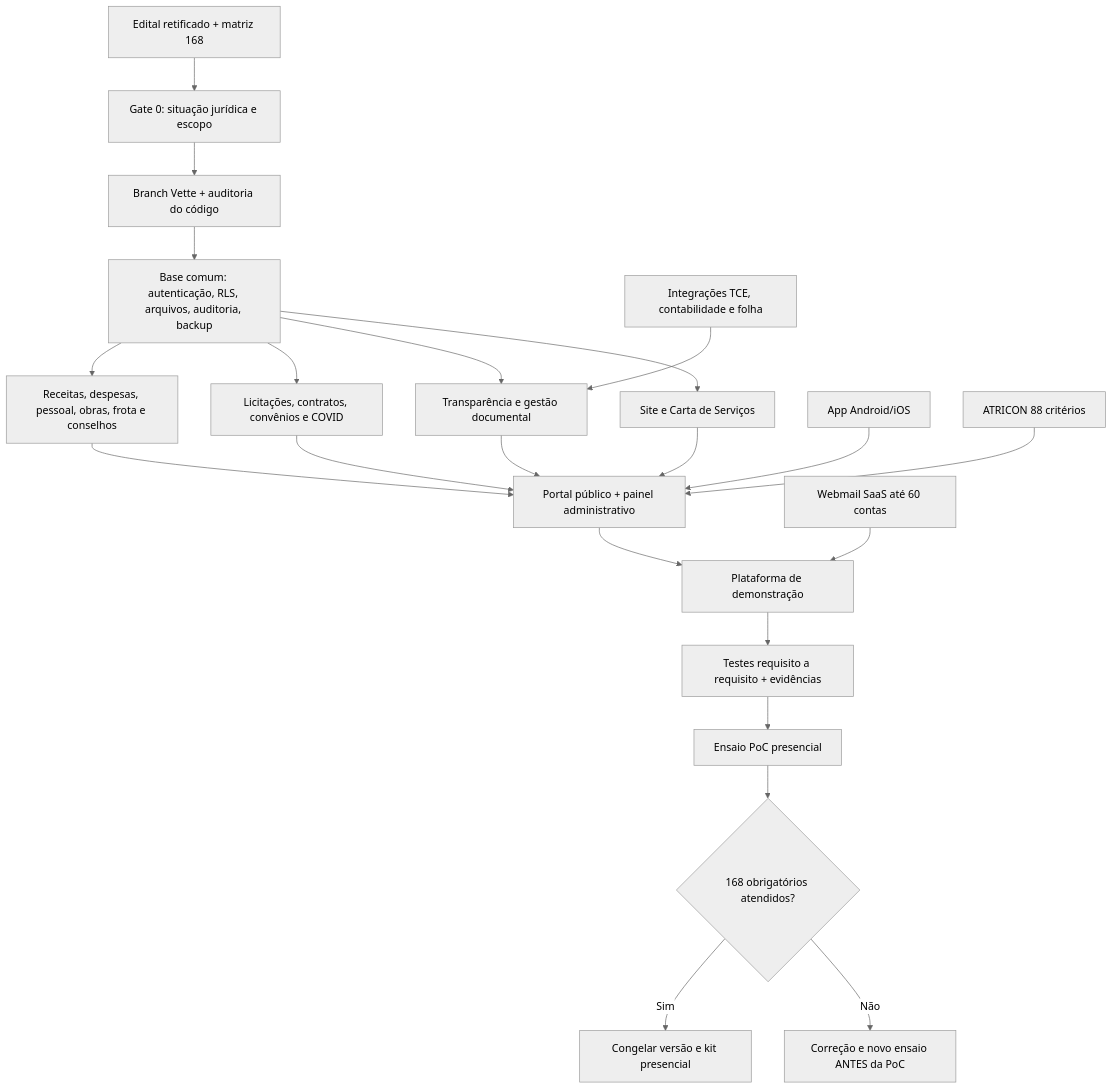
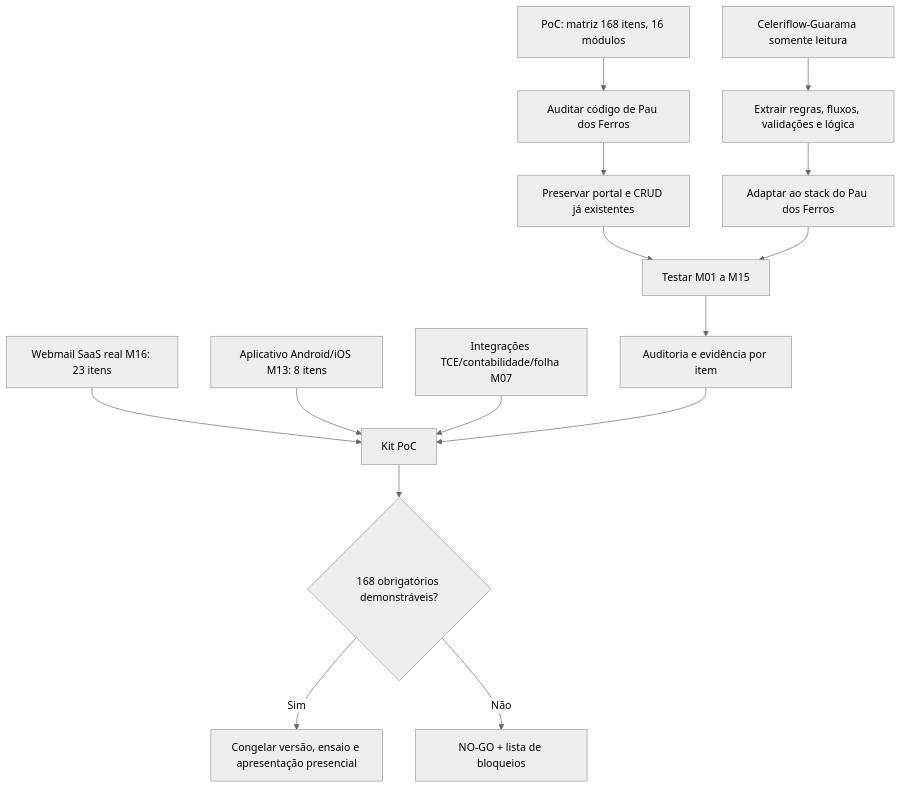
The diagram in docs/poc/00_MAPA_ENTREGA_POC.md (Robonuvem-dev/pau-dos-ferros), drawn with Mermaid (neutral theme) before and after one commit. The commit also changed other lines of this file, not shown here.

````diff
--- a/docs/poc/00_MAPA_ENTREGA_POC.md
+++ b/docs/poc/00_MAPA_ENTREGA_POC.md
@@ -25,24 +13,17 @@
 ```mermaid
 flowchart TD
-  A[Edital retificado + matriz 168] --> B[Gate 0: situação jurídica e escopo]
-  B --> C[Branch Vette + auditoria do código]
-  C --> D[Base comum: autenticação, RLS, arquivos, auditoria, backup]
-  D --> E[Site e Carta de Serviços]
-  D --> F[Transparência e gestão documental]
-  D --> G[Licitações, contratos, convênios e COVID]
-  D --> H[Receitas, despesas, pessoal, obras, frota e conselhos]
-  E --> I[Portal público + painel administrativo]
-  F --> I
-  G --> I
-  H --> I
-  J[Integrações TCE, contabilidade e folha] --> F
-  K[App Android/iOS] --> I
-  L[ATRICON 88 critérios] --> I
-  M[Webmail SaaS até 60 contas] --> N[Plataforma de demonstração]
-  I --> N
-  N --> O[Testes requisito a requisito + evidências]
-  O --> P[Ensaio PoC presencial]
-  P --> Q{168 obrigatórios atendidos?}
-  Q -->|Não| R[Correção e novo ensaio ANTES da PoC]
-  Q -->|Sim| S[Congelar versão e kit presencial]
+ A[PoC: matriz 168 itens, 16 módulos] --> B[Auditar código de Pau dos Ferros]
+ B --> C[Preservar portal e CRUD já existentes]
+ D[Celeriflow-Guarama somente leitura] --> E[Extrair regras, fluxos, validações e lógica]
+ E --> F[Adaptar ao stack do Pau dos Ferros]
+ C --> G[Testar M01 a M15]
+ F --> G
+ H[Webmail SaaS real M16: 23 itens] --> I[Kit PoC]
+ J[Aplicativo Android/iOS M13: 8 itens] --> I
+ K[Integrações TCE/contabilidade/folha M07] --> I
+ G --> L[Auditoria e evidência por item]
+ L --> I
+ I --> M{168 obrigatórios demonstráveis?}
+ M -->|Sim| N[Congelar versão, ensaio e apresentação presencial]
+ M -->|Não| O[NO-GO + lista de bloqueios]
 ```
````
